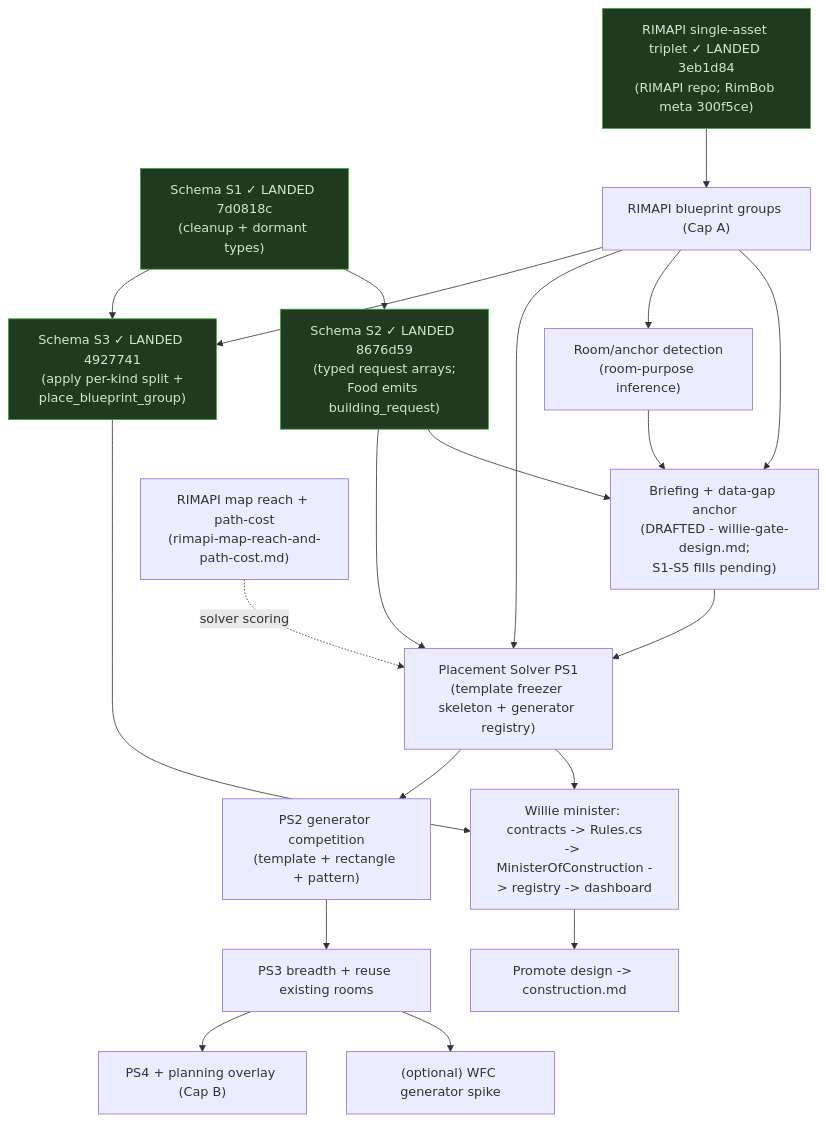
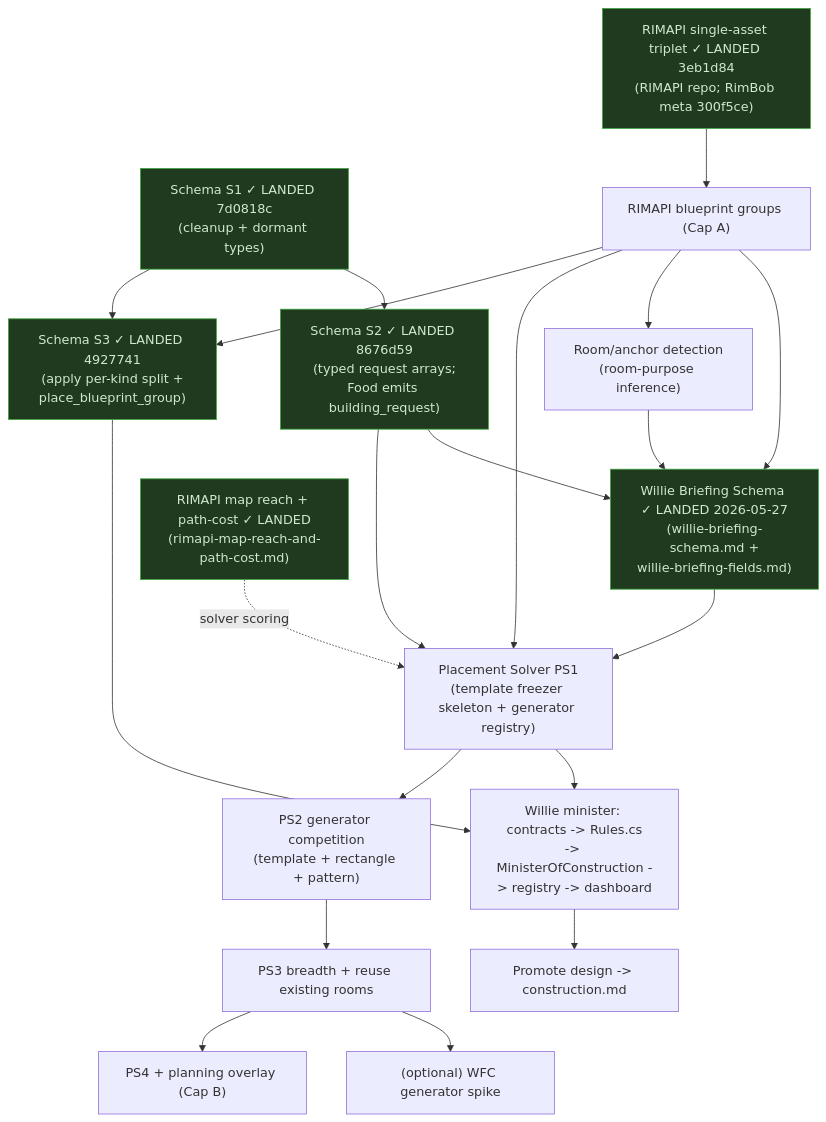
The diagram in .plans/willie-meta-plan.md (ocaspi-sc/RimBob), drawn with Mermaid before and after one commit. The commit also changed other lines of this file and 5 other files, not shown here.

First line of the commit message:
[plans] willie-gate-design -> willie-briefing-schema: rename + restructure

````diff
--- a/.plans/willie-meta-plan.md
+++ b/.plans/willie-meta-plan.md
@@ -151,24 +151,24 @@
 ```mermaid
 flowchart TD
   S1["Schema S1 ✓ LANDED 7d0818c<br/>(cleanup + dormant types)"] --> S2["Schema S2 ✓ LANDED 8676d59<br/>(typed request arrays;<br/>Food emits building_request)"]
   FORK1["RIMAPI single-asset triplet ✓ LANDED 3eb1d84<br/>(RIMAPI repo; RimBob meta 300f5ce)"] --> FORK2["RIMAPI blueprint groups (Cap A)"]
-  S2 --> GATE["Briefing + data-gap anchor<br/>(DRAFTED - willie-gate-design.md;<br/>S1-S5 fills pending)"]
-  FORK2 --> GATE
+  S2 --> SCHEMA["Willie Briefing Schema ✓ LANDED 2026-05-27<br/>(willie-briefing-schema.md +<br/>willie-briefing-fields.md)"]
+  FORK2 --> SCHEMA
   FORK2 --> ROOM["Room/anchor detection<br/>(room-purpose inference)"]
-  ROOM --> GATE
-  GATE --> PS1["Placement Solver PS1<br/>(template freezer skeleton + generator registry)"]
+  ROOM --> SCHEMA
+  SCHEMA --> PS1["Placement Solver PS1<br/>(template freezer skeleton + generator registry)"]
   S2 --> PS1
   FORK2 --> PS1
-  FORK3["RIMAPI map reach + path-cost<br/>(rimapi-map-reach-and-path-cost.md)"] -.solver scoring.-> PS1
+  FORK3["RIMAPI map reach + path-cost ✓ LANDED<br/>(rimapi-map-reach-and-path-cost.md)"] -.solver scoring.-> PS1
   PS1 --> WILLIE["Willie minister: contracts -> Rules.cs<br/>-> MinisterOfConstruction -> registry -> dashboard"]
   S1 --> S3["Schema S3 ✓ LANDED 4927741<br/>(apply per-kind split +<br/>place_blueprint_group)"]
   FORK2 --> S3
   S3 --> WILLIE
   PS1 --> PS2["PS2 generator competition<br/>(template + rectangle + pattern)"] --> PS3["PS3 breadth + reuse existing rooms"]
   WILLIE --> PROMOTE["Promote design -> construction.md"]
   PS3 --> WFC["(optional) WFC generator spike"]
   PS3 --> PSB["PS4 + planning overlay (Cap B)"]
 
   classDef done fill:#1f3a1f,stroke:#3fa83f,color:#cfe8cf;
-  class S1,S2,S3,FORK1 done;
+  class S1,S2,S3,FORK1,FORK3,SCHEMA done;
 ```
````
